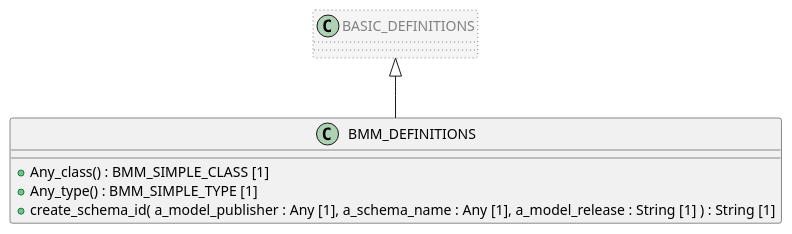
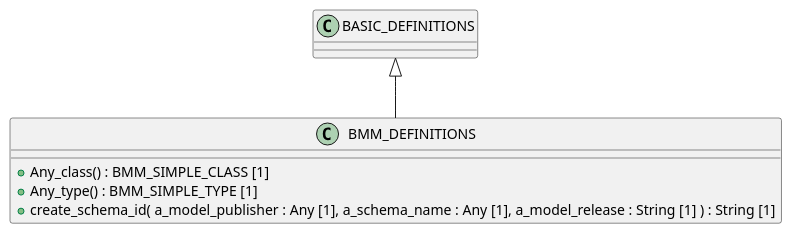
One commit to sebastian-iancu/code-generator changed the diagram in code/Adoc/openehr_lang_1.0.0/plantUML/classes/org.openehr.lang.bmm.bmm_definitions.adoc. Above: the diagram before and after it, drawn with PlantUML. The commit also changed 719 other files, not shown here.

```diff
--- a/code/Adoc/openehr_lang_1.0.0/plantUML/classes/org.openehr.lang.bmm.bmm_definitions.adoc
+++ b/code/Adoc/openehr_lang_1.0.0/plantUML/classes/org.openehr.lang.bmm.bmm_definitions.adoc
@@ -1,18 +1,15 @@
 [plantuml,BMM_DEFINITIONS,format=svg,svg-type="inline"]
 -----
 @startuml
 
 class BMM_DEFINITIONS {
   + Any_class() : BMM_SIMPLE_CLASS [1]
   + Any_type() : BMM_SIMPLE_TYPE [1]
   + create_schema_id( a_model_publisher : Any [1], a_schema_name : Any [1], a_model_release : String [1] ) : String [1]
 }
 
-class BASIC_DEFINITIONS  #whitesmoke;line:gray;line.dotted;text:gray {
-}
-
 BASIC_DEFINITIONS <|-- BMM_DEFINITIONS
 
 
 @enduml
 -----
```
